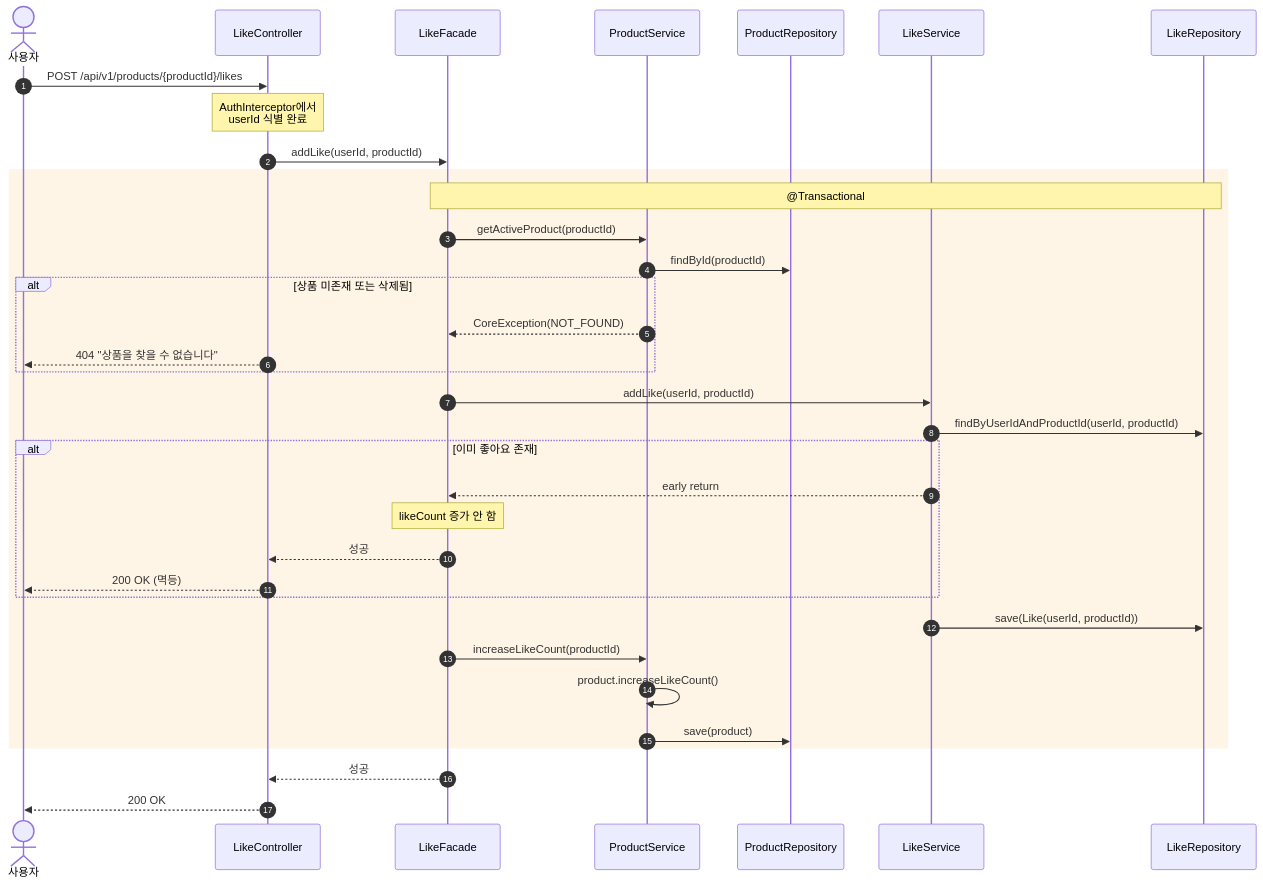
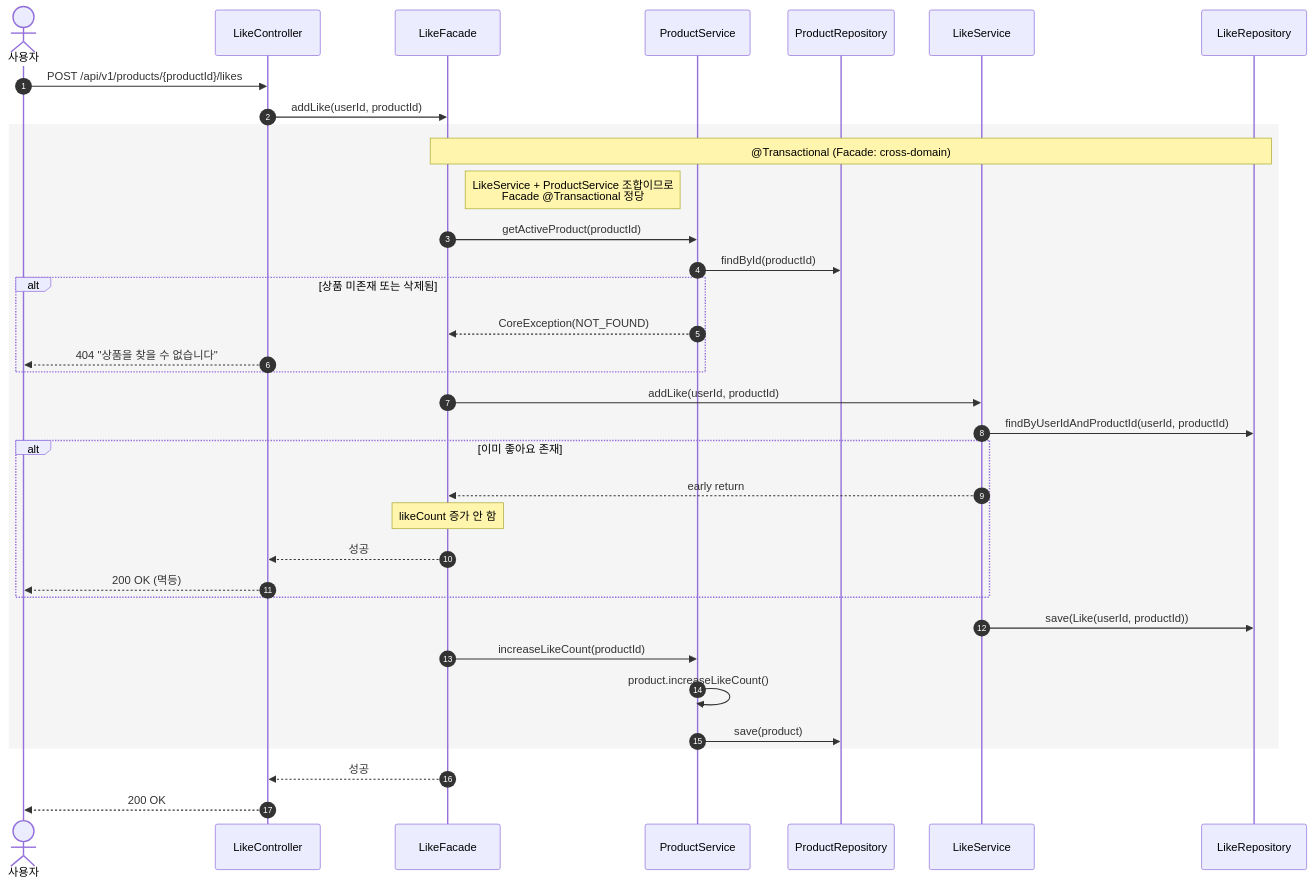
One commit to Loopers-dev-lab/loop-pack-be-l2-vol3-kotlin changed diagram 14 of 21 in docs/design/02-sequence-diagrams.md. Above: the diagram before and after it, drawn with Mermaid. The commit also changed other lines of this file and 5 other files, not shown here.

````diff
--- a/docs/design/02-sequence-diagrams.md
+++ b/docs/design/02-sequence-diagrams.md
@@ -484,43 +488,43 @@
 ```mermaid
 sequenceDiagram
     autonumber
     actor User as 사용자
     participant C as LikeController
     participant F as LikeFacade
     participant PS as ProductService
     participant PR as ProductRepository
     participant LS as LikeService
     participant LR as LikeRepository
     User ->> C: POST /api/v1/products/{productId}/likes
-    Note over C: AuthInterceptor에서<br/>userId 식별 완료
     C ->> F: addLike(userId, productId)
 
-    rect rgb(255, 245, 230)
-        Note over F, LR: @Transactional
+    rect rgb(245, 245, 245)
+        Note over F, LR: @Transactional (Facade: cross-domain)
+        Note right of F: LikeService + ProductService 조합이므로<br/>Facade @Transactional 정당
         F ->> PS: getActiveProduct(productId)
         PS ->> PR: findById(productId)
 
         alt 상품 미존재 또는 삭제됨
             PS -->> F: CoreException(NOT_FOUND)
             C -->> User: 404 "상품을 찾을 수 없습니다"
         end
 
         F ->> LS: addLike(userId, productId)
         LS ->> LR: findByUserIdAndProductId(userId, productId)
 
         alt 이미 좋아요 존재
             LS -->> F: early return
             Note over F: likeCount 증가 안 함
             F -->> C: 성공
             C -->> User: 200 OK (멱등)
         end
 
         LS ->> LR: save(Like(userId, productId))
         F ->> PS: increaseLikeCount(productId)
         PS ->> PS: product.increaseLikeCount()
         PS ->> PR: save(product)
     end
 
     F -->> C: 성공
     C -->> User: 200 OK
 ```
````
